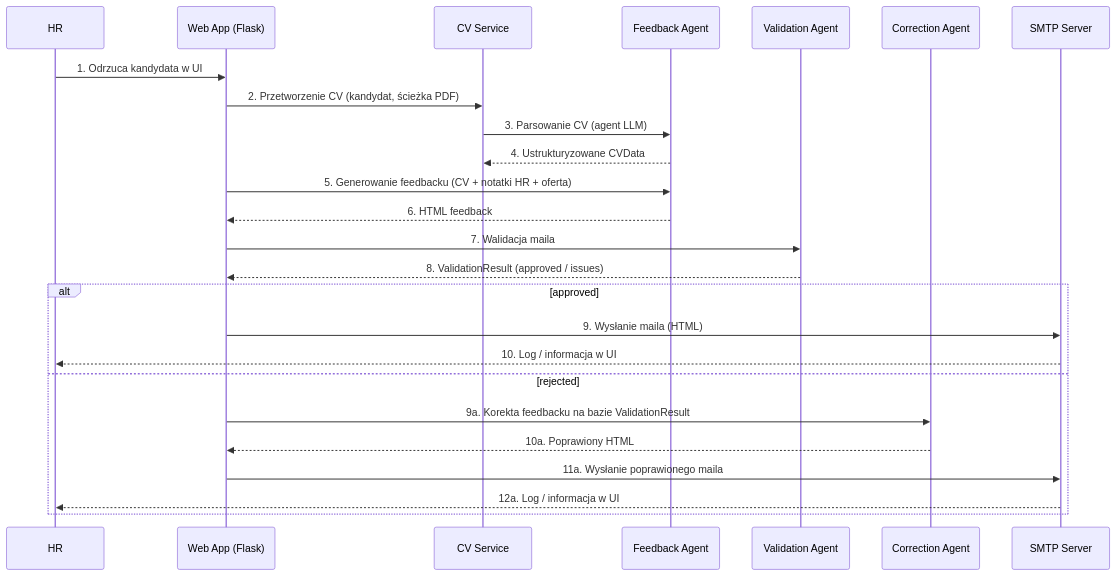
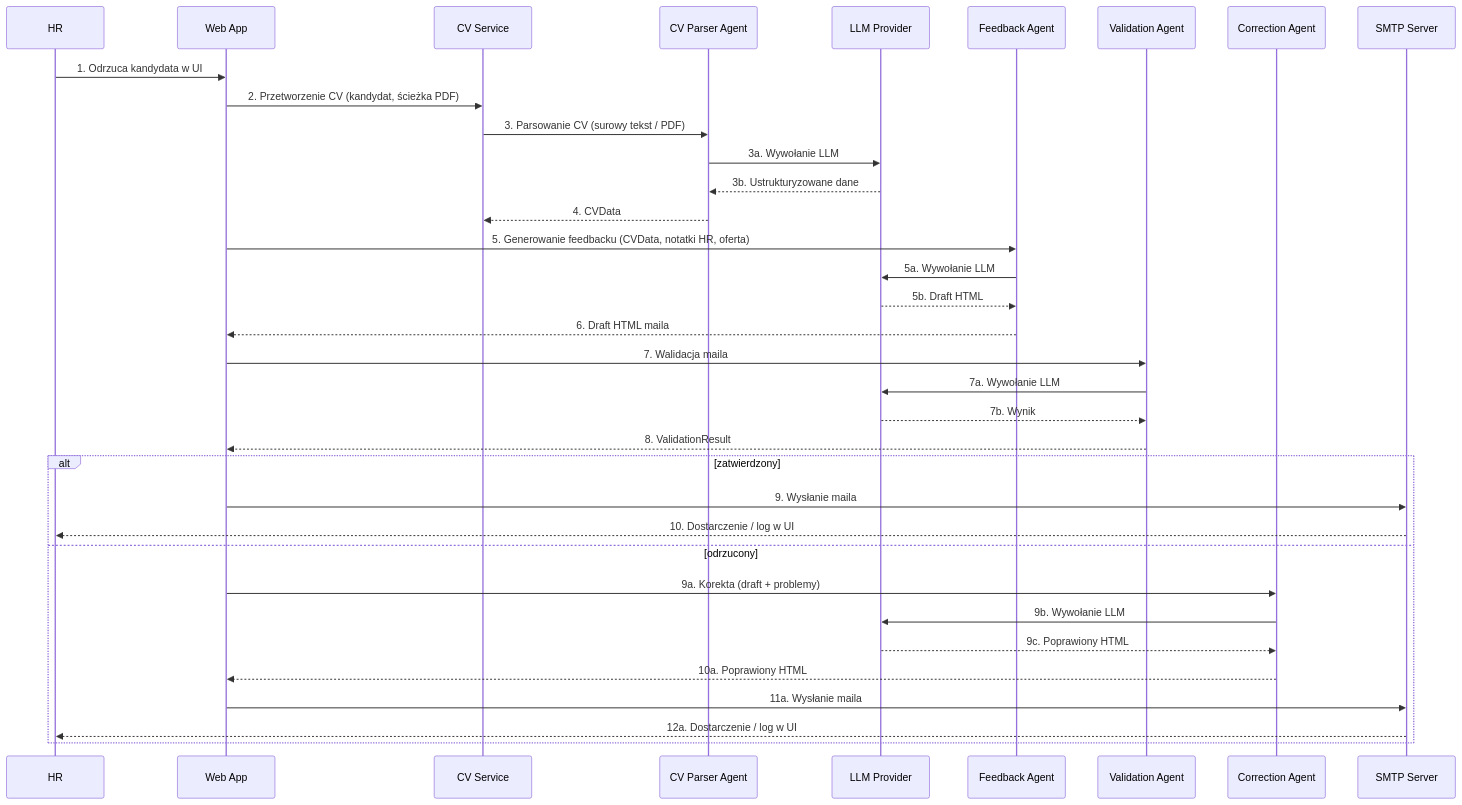
Before and after one commit to Adam-Palacz/hr-ai-agent-design: the first of 2 diagrams in docs/ARCHITECTURE_PL.md, drawn with Mermaid. The commit also changed other lines of this file and 4 other files, not shown here.

Commit message:
Added architecture - TODO

````diff
--- a/docs/ARCHITECTURE_PL.md
+++ b/docs/ARCHITECTURE_PL.md
@@ -205,28 +158,38 @@
 ```mermaid
 sequenceDiagram
     participant HR as HR
-    participant Web as Web App (Flask)
+    participant Web as Web App
     participant CVS as CV Service
+    participant CVP as CV Parser Agent
+    participant LLM as LLM Provider
     participant FBA as Feedback Agent
     participant VAL as Validation Agent
     participant COR as Correction Agent
     participant SMT as SMTP Server
 
     HR->>Web: 1. Odrzuca kandydata w UI
     Web->>CVS: 2. Przetworzenie CV (kandydat, ścieżka PDF)
-    CVS->>FBA: 3. Parsowanie CV (agent LLM)
-    FBA-->>CVS: 4. Ustrukturyzowane CVData
-    Web->>FBA: 5. Generowanie feedbacku (CV + notatki HR + oferta)
-    FBA-->>Web: 6. HTML feedback
+    CVS->>CVP: 3. Parsowanie CV (surowy tekst / PDF)
+    CVP->>LLM: 3a. Wywołanie LLM
+    LLM-->>CVP: 3b. Ustrukturyzowane dane
+    CVP-->>CVS: 4. CVData
+    Web->>FBA: 5. Generowanie feedbacku (CVData, notatki HR, oferta)
+    FBA->>LLM: 5a. Wywołanie LLM
+    LLM-->>FBA: 5b. Draft HTML
+    FBA-->>Web: 6. Draft HTML maila
     Web->>VAL: 7. Walidacja maila
-    VAL-->>Web: 8. ValidationResult (approved / issues)
-    alt approved
-        Web->>SMT: 9. Wysłanie maila (HTML)
-        SMT-->>HR: 10. Log / informacja w UI
-    else rejected
-        Web->>COR: 9a. Korekta feedbacku na bazie ValidationResult
+    VAL->>LLM: 7a. Wywołanie LLM
+    LLM-->>VAL: 7b. Wynik
+    VAL-->>Web: 8. ValidationResult
+    alt zatwierdzony
+        Web->>SMT: 9. Wysłanie maila
+        SMT-->>HR: 10. Dostarczenie / log w UI
+    else odrzucony
+        Web->>COR: 9a. Korekta (draft + problemy)
+        COR->>LLM: 9b. Wywołanie LLM
+        LLM-->>COR: 9c. Poprawiony HTML
         COR-->>Web: 10a. Poprawiony HTML
-        Web->>SMT: 11a. Wysłanie poprawionego maila
-        SMT-->>HR: 12a. Log / informacja w UI
+        Web->>SMT: 11a. Wysłanie maila
+        SMT-->>HR: 12a. Dostarczenie / log w UI
     end
 ```
````
